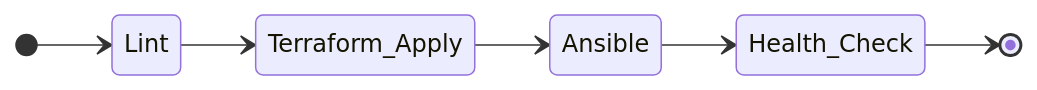
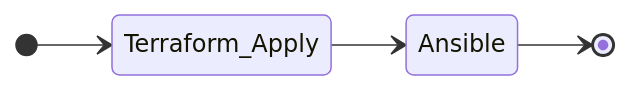
The fifth of 6 diagrams in documentation/architecture/IAAC.md (T-CLO-Epitech/T-CLO), drawn with Mermaid before and after one commit. The commit also changed other lines of this file and 8 other files, not shown here.

````diff
--- a/documentation/architecture/IAAC.md
+++ b/documentation/architecture/IAAC.md
@@ -46,10 +70,8 @@
 ```mermaid
 stateDiagram-v2
     direction LR
-    [*] --> Lint
-    Lint --> Terraform_Apply
+    [*] --> Terraform_Apply
     Terraform_Apply --> Ansible
-    Ansible --> Health_Check
-    Health_Check --> [*]
+    Ansible -->  [*]
 
 ```
````
